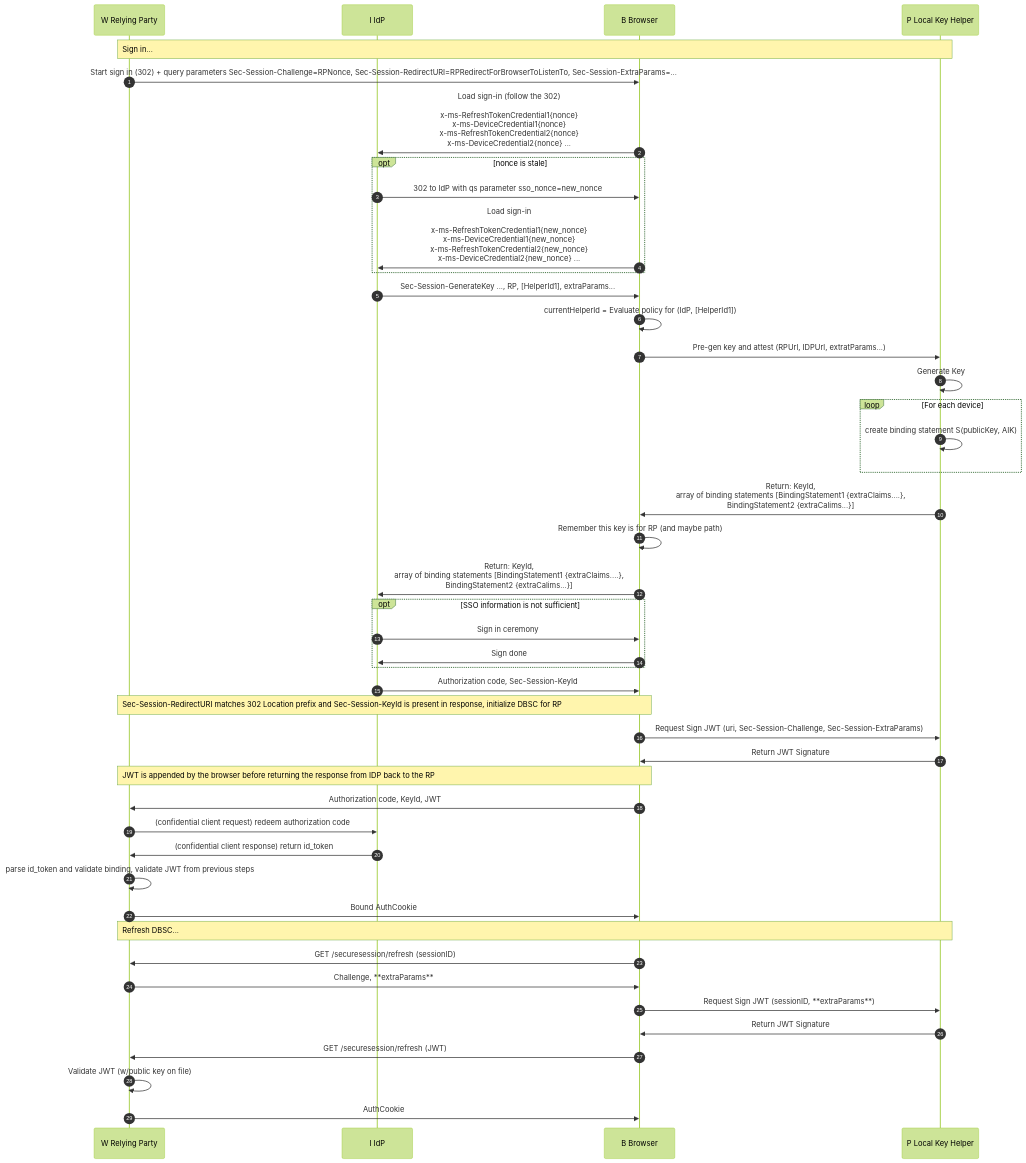
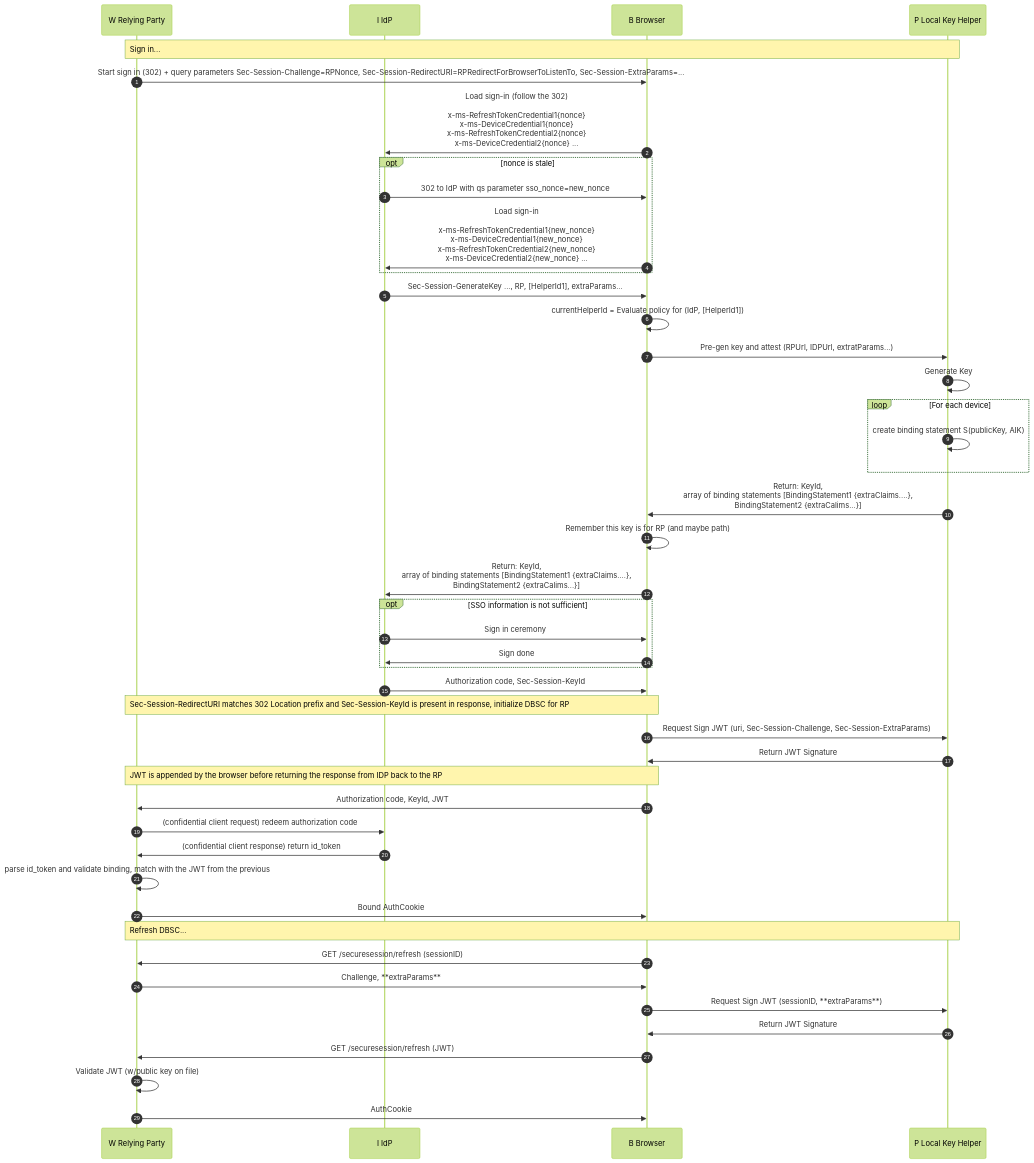
One commit to alextok/dbsc-discussions changed the fourth of 10 diagrams in README.md. Above: the diagram before and after it, drawn with Mermaid (forest theme). The commit also changed other lines of this file, not shown here.

````diff
--- a/README.md
+++ b/README.md
@@ -136,58 +136,58 @@
 ```mermaid
 sequenceDiagram
 %%{ init: { 'sequence': { 'noteAlign': 'left'} } }%%
 autonumber 1
 participant W as W Relying Party
 participant I as I IdP
 participant B as B Browser
 participant P as P Local Key Helper
 
 Note over W, P: Sign in...
 W->>B: Start sign in (302) + query parameters Sec-Session-Challenge=RPNonce, Sec-Session-RedirectURI=RPRedirectForBrowserToListenTo, Sec-Session-ExtraParams=...
 
 B->>I: Load sign-in (follow the 302)<br/><br/>x-ms-RefreshTokenCredential1{nonce}<br/>x-ms-DeviceCredential1{nonce}<br/> x-ms-RefreshTokenCredential2{nonce}<br/> x-ms-DeviceCredential2{nonce} ...
 
 opt nonce is stale
 I->>B: 302 to IdP with qs parameter sso_nonce=new_nonce
 B->>I: Load sign-in<br/><br/>x-ms-RefreshTokenCredential1{new_nonce}<br/>x-ms-DeviceCredential1{new_nonce}<br/> x-ms-RefreshTokenCredential2{new_nonce}<br/> x-ms-DeviceCredential2{new_nonce} ...
 end
 
 I->>B: Sec-Session-GenerateKey ..., RP, [HelperId1], extraParams...
 B->>B: currentHelperId = Evaluate policy for (IdP, [HelperId1])
 B->>P: Pre-gen key and attest (RPUrl, IDPUrl, extratParams...)
  
 P->>P: Generate Key
 
 loop For each device
 P->>P: create binding statement S(publicKey, AIK)
 end
 
 P->>B: Return: KeyId, <br/>array of binding statements [BindingStatement1 {extraClaims....}, <br/>BindingStatement2 {extraCalims...}]
 B->>B: Remember this key is for RP (and maybe path)
 B->>I: Return: KeyId, <br/>array of binding statements [BindingStatement1 {extraClaims....}, <br/>BindingStatement2 {extraCalims...}]
 
 opt SSO information is not sufficient
 I->>B: Sign in ceremony
 B->>I: Sign done
 end
 
 I->>B: Authorization code, Sec-Session-KeyId
 Note over W, B: Sec-Session-RedirectURI matches 302 Location prefix and Sec-Session-KeyId is present in response, initialize DBSC for RP
 B->>P: Request Sign JWT (uri, Sec-Session-Challenge, Sec-Session-ExtraParams)
 P->>B: Return JWT Signature
 Note over W, B: JWT is appended by the browser before returning the response from IDP back to the RP
 B->>W: Authorization code, KeyId, JWT
 W->>I: (confidential client request) redeem authorization code
 I->>W: (confidential client response) return id_token
-W->>W: parse id_token and validate binding, validate JWT from previous steps
+W->>W: parse id_token and validate binding, match with the JWT from the previous
 W->>B: Bound AuthCookie
 
 Note over W, P: Refresh DBSC...
 B->>W: GET /securesession/refresh (sessionID)
 W->>B: Challenge, **extraParams**
 B->>P: Request Sign JWT (sessionID, **extraParams**)
 P->>B: Return JWT Signature
 B->>W: GET /securesession/refresh (JWT)
 W->>W: Validate JWT (w/public key on file)
 W->>B: AuthCookie
 ```
````
